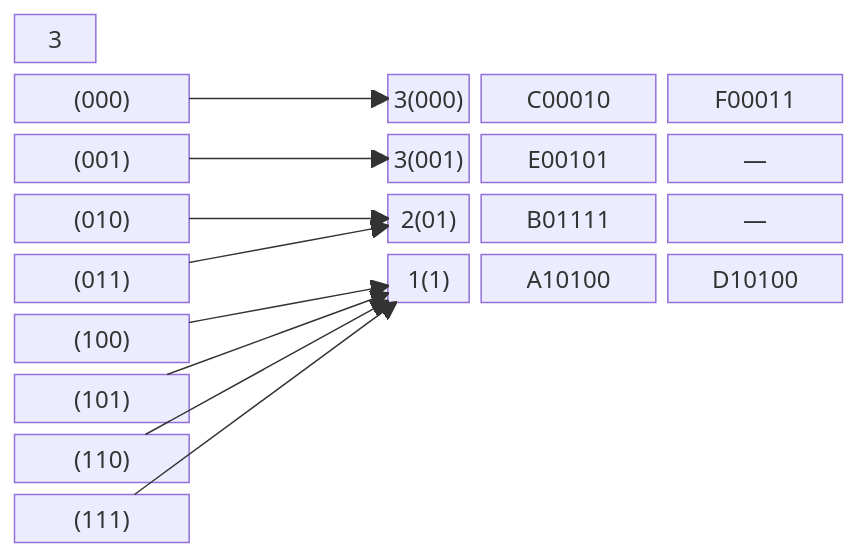
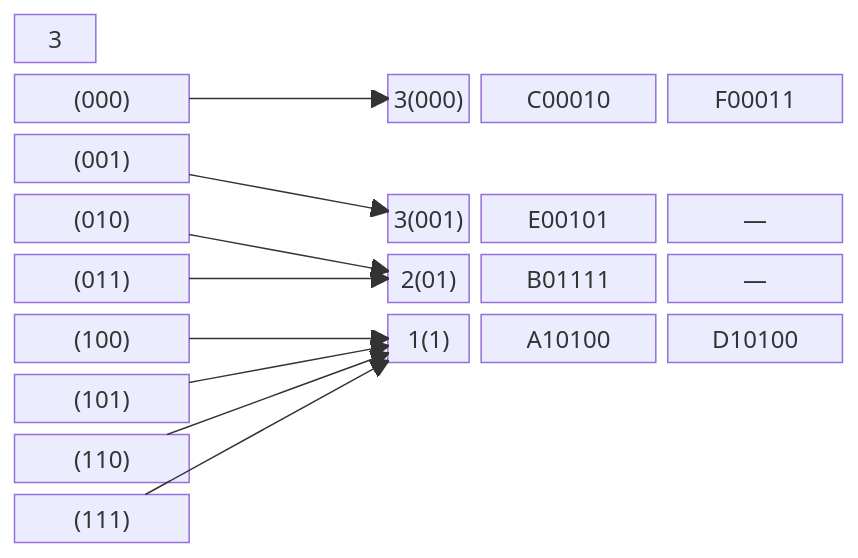
One commit to BenhurUFSM/pod26b changed diagram 23 of 24 in Assuntos/busca-ext.md. Above: the diagram before and after it, drawn with Mermaid. The commit also changed other lines of this file, not shown here.

````diff
--- a/Assuntos/busca-ext.md
+++ b/Assuntos/busca-ext.md
@@ -551,21 +556,21 @@
 ```mermaid
 block
   columns 9
-  nl["3"] space  space:2  space:5
-  l000["(000)"]:2    space:2  n000["3(000)"] b000a["C00010"]:2 b000b["F00011"]:2
-  l001["(001)"]:2    space:2  n001["3(001)"] b001a["E00101"]:2 b001b["—"]:2
-  l010["(010)"]:2    space:2  n01["2(01)"] b01a["B01111"]:2 b01b["—"]:2
-  l011["(011)"]:2    space:2  n1["1(1)"] b1a["A10100"]:2 b1b["D10100"]:2
-  l100["(100)"]:2    space:2  space:5
-  l101["(101)"]:2    space:2  space:5
-  l110["(110)"]:2    space:2  space:5
-  l111["(111)"]:2    space:2  space:5
+  nl["3"] space    space:2  space:5
+  l000["(000)"]:2  space:2  n000["3(000)"] b000a["C00010"]:2 b000b["F00011"]:2
+  l001["(001)"]:2  space:2  space:5
+  l010["(010)"]:2  space:2  n001["3(001)"] b001a["E00101"]:2 b001b["—"]:2
+  l011["(011)"]:2  space:2  n01["2(01)"] b01a["B01111"]:2 b01b["—"]:2
+  l100["(100)"]:2  space:2  n1["1(1)"] b1a["A10100"]:2 b1b["D10100"]:2
+  l101["(101)"]:2  space:2  space:5
+  l110["(110)"]:2  space:2  space:5
+  l111["(111)"]:2  space:2  space:5
   l000-->n000
   l001-->n001
   l010-->n01
   l011-->n01
   l100-->n1
   l101-->n1
   l110-->n1
   l111-->n1
 ```
````
